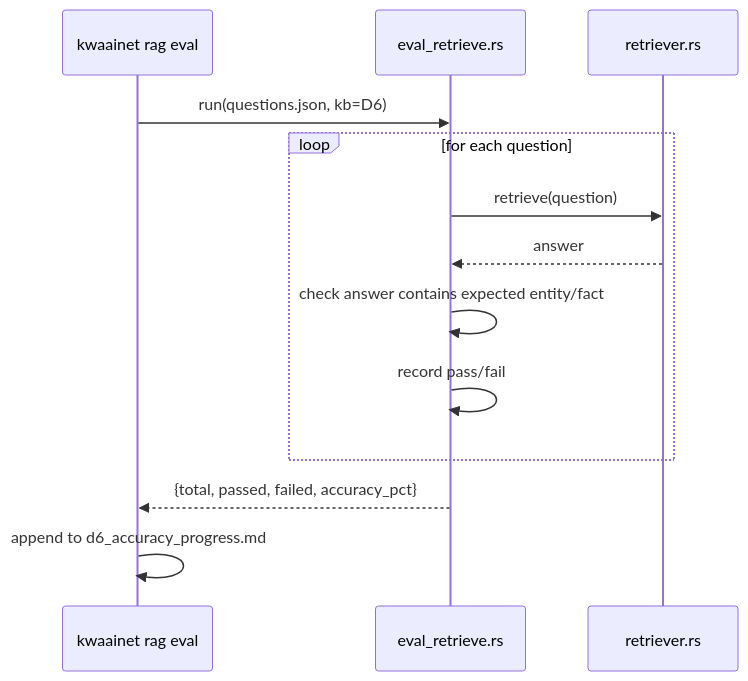
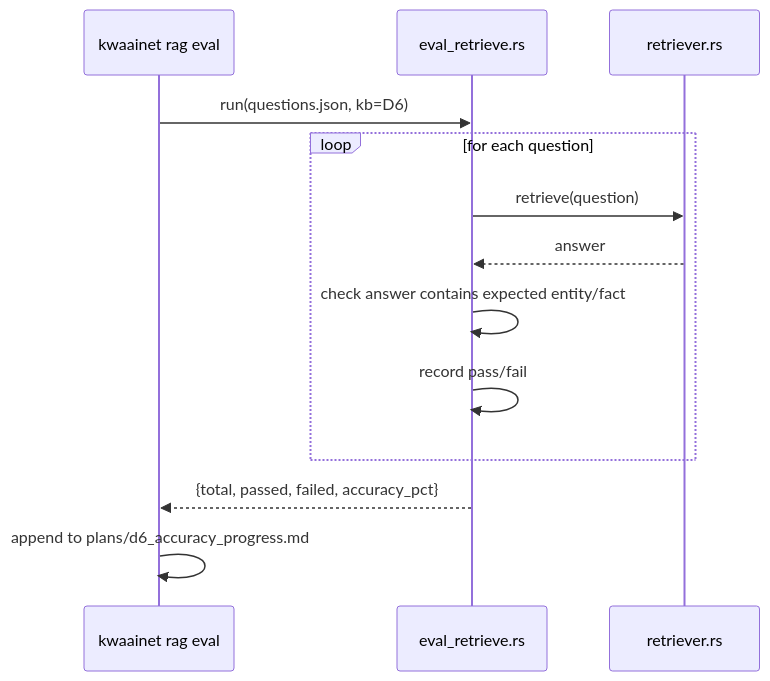
The fifth of 5 diagrams in projects/kwaai-knowledge/design/data-flows.md (Kwaai-AI-Lab/KwaaiNet), drawn with Mermaid before and after one commit. The commit also changed 26 other files, not shown here.

````diff
--- a/projects/kwaai-knowledge/design/data-flows.md
+++ b/projects/kwaai-knowledge/design/data-flows.md
@@ -92,16 +92,16 @@
 ```mermaid
 sequenceDiagram
     participant CLI as kwaainet rag eval
     participant Eval as eval_retrieve.rs
     participant Retriever as retriever.rs
 
     CLI->>Eval: run(questions.json, kb=D6)
     loop for each question
         Eval->>Retriever: retrieve(question)
         Retriever-->>Eval: answer
         Eval->>Eval: check answer contains expected entity/fact
         Eval->>Eval: record pass/fail
     end
     Eval-->>CLI: {total, passed, failed, accuracy_pct}
-    CLI->>CLI: append to d6_accuracy_progress.md
+    CLI->>CLI: append to plans/d6_accuracy_progress.md
 ```
````
